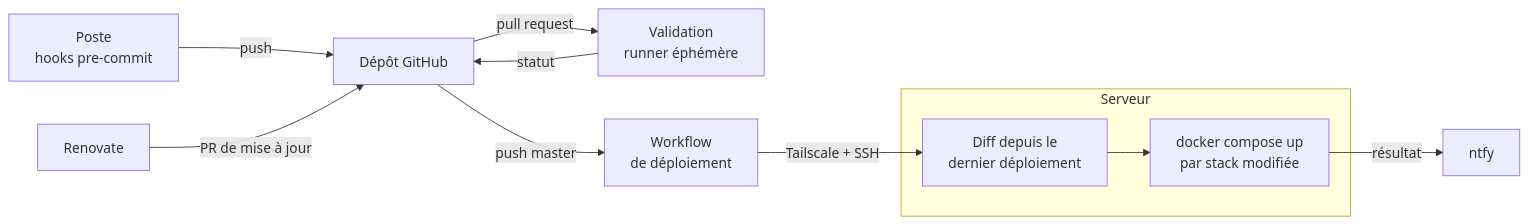
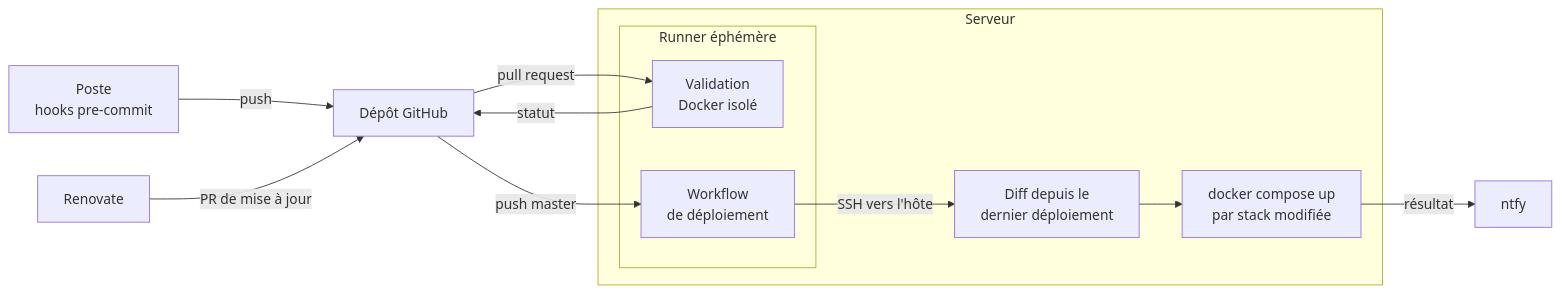
One commit to sedelpeuch/sedelpeuch.github.io changed the first of 4 diagrams in docs/projects/personnel/homelab.md. Above: the diagram before and after it, drawn with Mermaid. The commit also changed other lines of this file and 6 other files, not shown here.

````diff
--- a/docs/projects/personnel/homelab.md
+++ b/docs/projects/personnel/homelab.md
@@ -89,13 +91,17 @@
 ```mermaid
 flowchart LR
     dev["Poste<br/>hooks pre-commit"] -->|push| repo["Dépôt GitHub"]
     renovate["Renovate"] -->|PR de mise à jour| repo
-    repo -->|pull request| validate["Validation<br/>runner éphémère"]
-    validate -->|statut| repo
-    repo -->|push master| deploy["Workflow<br/>de déploiement"]
-    deploy -->|Tailscale + SSH| diff
     subgraph serveur["Serveur"]
+        subgraph runner["Runner éphémère"]
+            validate["Validation<br/>Docker isolé"]
+            deploy["Workflow<br/>de déploiement"]
+        end
         diff["Diff depuis le<br/>dernier déploiement"] --> up["docker compose up<br/>par stack modifiée"]
     end
+    repo -->|pull request| validate
+    validate -->|statut| repo
+    repo -->|push master| deploy
+    deploy -->|"SSH vers l'hôte"| diff
     up -->|résultat| ntfy["ntfy"]
 ```
````
